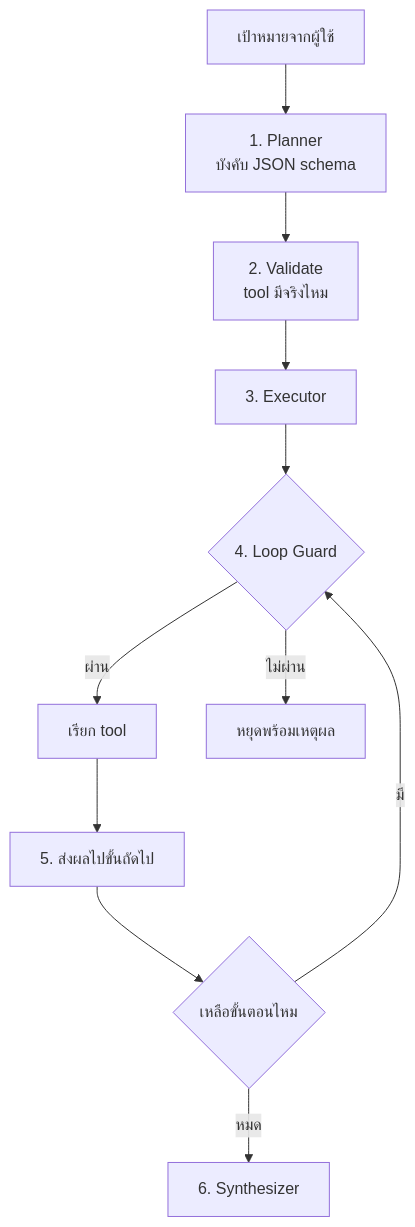
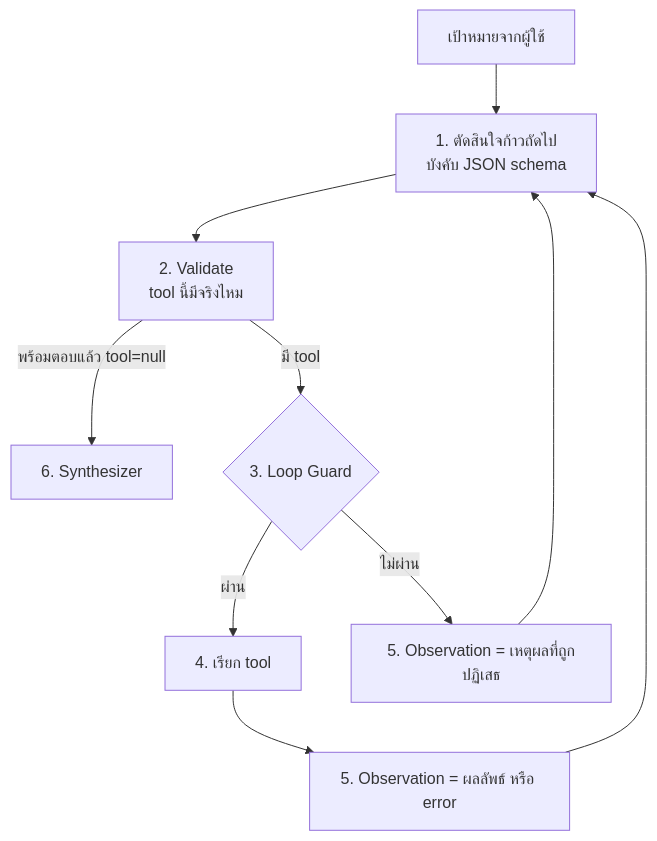
The diagram in INSTRUCTIONS/day2/07-workshop2-agent-loop.md (LLM-CE-KMITL/mcp-workshop), drawn with Mermaid before and after one commit. The commit also changed other lines of this file and 38 other files, not shown here.

````diff
--- a/INSTRUCTIONS/day2/07-workshop2-agent-loop.md
+++ b/INSTRUCTIONS/day2/07-workshop2-agent-loop.md
@@ -40,13 +42,12 @@
 ```mermaid
 flowchart TD
-    G["เป้าหมายจากผู้ใช้"] --> P["1. Planner<br/>บังคับ JSON schema"]
-    P --> V["2. Validate<br/>tool มีจริงไหม"]
-    V --> E["3. Executor"]
-    E --> LG{"4. Loop Guard"}
-    LG -->|ผ่าน| CALL["เรียก tool"]
-    LG -->|ไม่ผ่าน| STOP["หยุดพร้อมเหตุผล"]
-    CALL --> DEP["5. ส่งผลไปขั้นถัดไป"]
-    DEP --> Q{"เหลือขั้นตอนไหม"}
-    Q -->|มี| LG
-    Q -->|หมด| S["6. Synthesizer"]
+    G["เป้าหมายจากผู้ใช้"] --> D["1. ตัดสินใจก้าวถัดไป<br/>บังคับ JSON schema"]
+    D --> V["2. Validate<br/>tool นี้มีจริงไหม"]
+    V -->|พร้อมตอบแล้ว tool=null| S["6. Synthesizer"]
+    V -->|มี tool| LG{"3. Loop Guard"}
+    LG -->|ผ่าน| CALL["4. เรียก tool"]
+    LG -->|ไม่ผ่าน| OBS["5. Observation = เหตุผลที่ถูกปฏิเสธ"]
+    CALL --> OBS2["5. Observation = ผลลัพธ์ หรือ error"]
+    OBS --> D
+    OBS2 --> D
 ```
````
